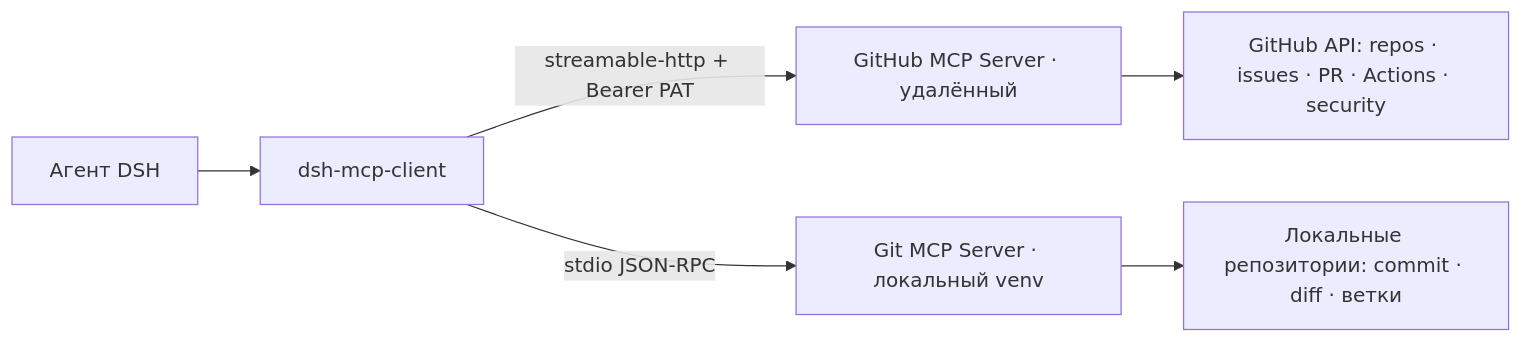
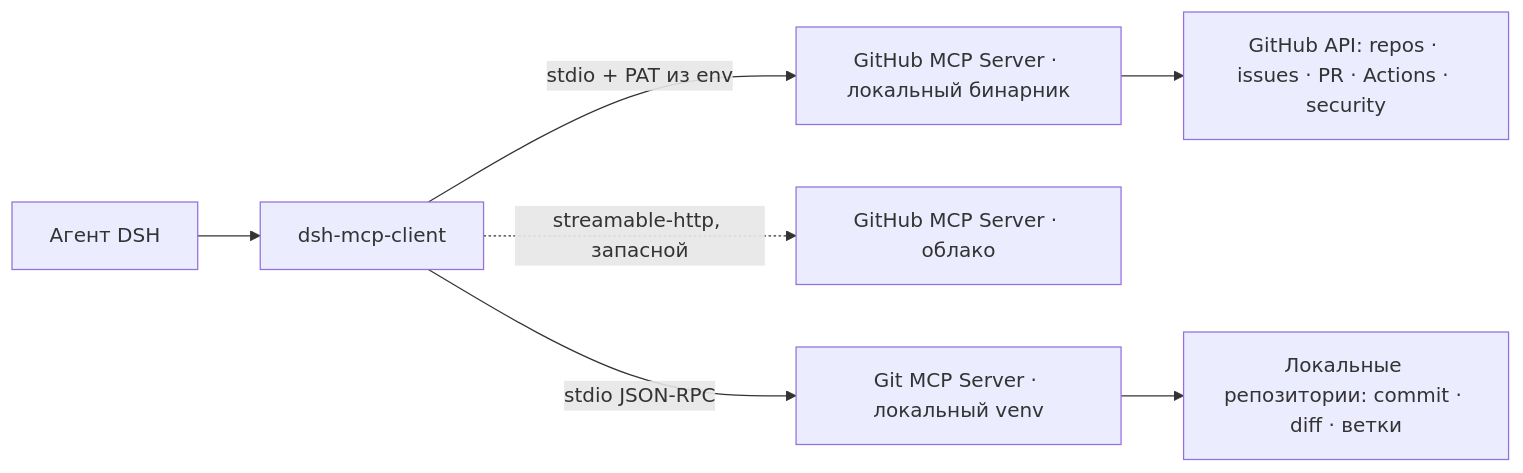
Before and after one commit to rukazax/deepseek_harness: the first of 2 diagrams in packages/mcp-github-universal/README.md, drawn with Mermaid. The commit also changed other lines of this file and 3 other files, not shown here.

Commit message:
feat(mcp-github-universal): local github-mcp-server binary as the 'github' toolset; cloud endpoint demoted to github-cloud fallback; v0.2.0

````diff
--- a/packages/mcp-github-universal/README.md
+++ b/packages/mcp-github-universal/README.md
@@ -62,8 +64,9 @@
 ```mermaid
 flowchart LR
     A[Агент DSH] --> B[dsh-mcp-client]
-    B -->|streamable-http + Bearer PAT| C[GitHub MCP Server · удалённый]
+    B -->|stdio + PAT из env| C[GitHub MCP Server · локальный бинарник]
     C --> D[GitHub API: repos · issues · PR · Actions · security]
+    B -.->|streamable-http, запасной| G[GitHub MCP Server · облако]
     B -->|stdio JSON-RPC| E[Git MCP Server · локальный venv]
     E --> F[Локальные репозитории: commit · diff · ветки]
 ```
````
